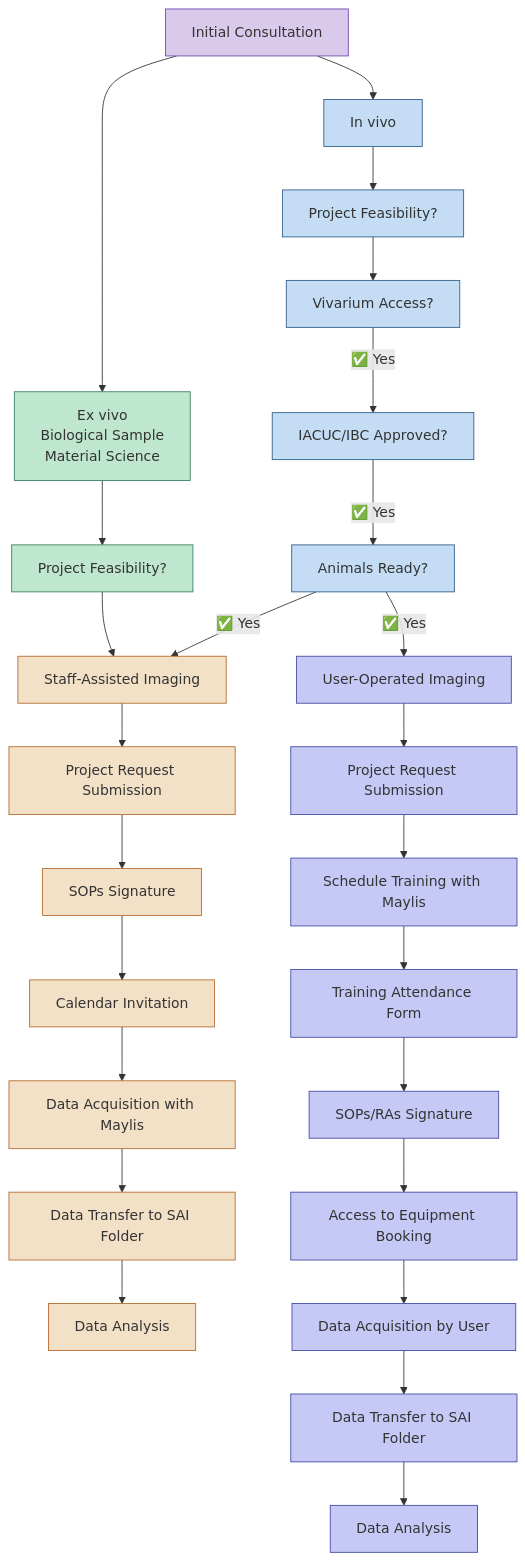
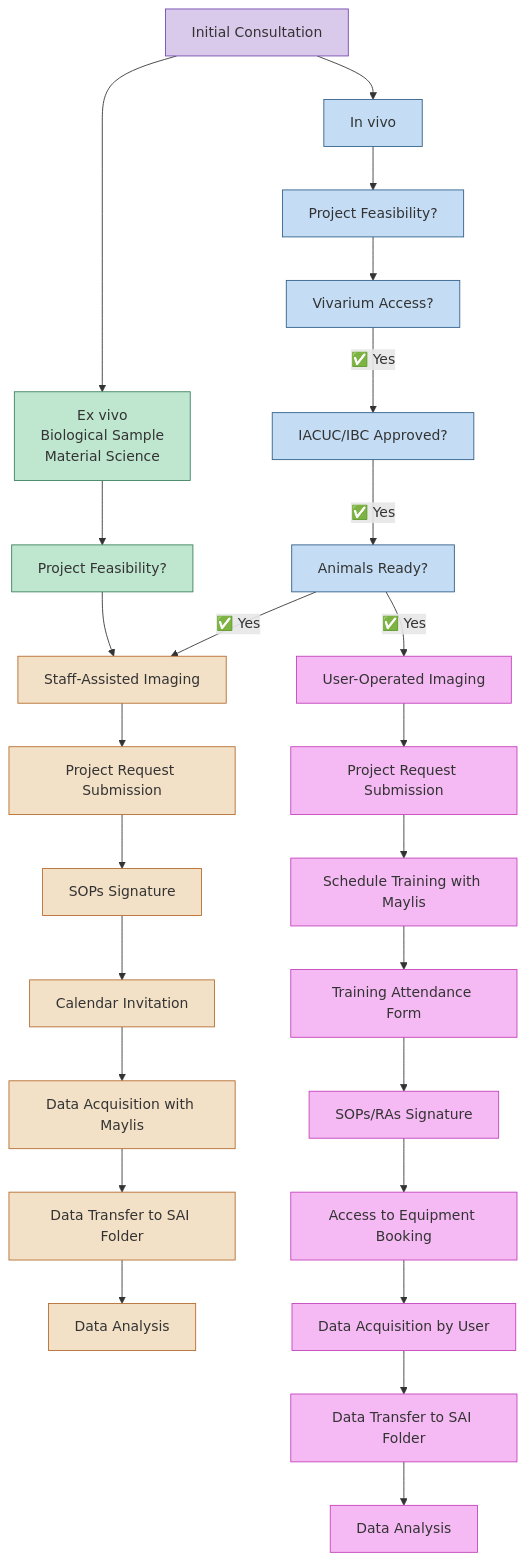
One commit to BioMedicalImaging-Core-NYUAD/smallanimalimaging-lab-documentation changed the diagram in docs/source/1-lab-overview/SAI_scheduling.rst. Above: the diagram before and after it, drawn with Mermaid.

Commit message:
font, styling

```diff
--- a/docs/source/1-lab-overview/SAI_scheduling.rst
+++ b/docs/source/1-lab-overview/SAI_scheduling.rst
@@ -8,68 +8,68 @@
 .. mermaid::
 
     graph TD
 
     %% Styles
     classDef consult fill:#d9c9eb,stroke:#7148af,stroke-width:1px;       %% Lavender purple for initial step
     classDef exvivo fill:#bfe7d0,stroke:#3a7f5c,stroke-width:1px;        %% Light sage green
     classDef invivo fill:#c4ddf5,stroke:#2f5e87,stroke-width:1px;        %% Light steel blue
     classDef staff fill:#f3e1c7,stroke:#b56b2d,stroke-width:1px;         %% Soft beige
-    classDef user fill:#c6c9f5,stroke:#434aa3,stroke-width:1px;          %% Blue-purple tone
+    classDef user fill:#f5baf4,stroke:#c441ba,stroke-width:1px;          %% Bubblegum pink with magenta border
 
     %% Nodes
     A["Initial Consultation"]:::consult
 
     %% Group 1: Ex vivo path
     B["Ex vivo<br>Biological Sample<br>Material Science"]:::exvivo
     D1["Project Feasibility?"]:::exvivo
 
     %% Group 2: In vivo path
     C["In vivo"]:::invivo
     L1["Project Feasibility?"]:::invivo
     M["Vivarium Access?"]:::invivo
     N["IACUC/IBC Approved?"]:::invivo
     O["Animals Ready?"]:::invivo
 
     %% Group 3: Staff-handled
     E["Staff-Assisted Imaging"]:::staff
     F["Project Request Submission"]:::staff
     G["SOPs Signature"]:::staff
     H["Calendar Invitation"]:::staff
     I["Data Acquisition with Maylis"]:::staff
     J["Data Transfer to SAI Folder"]:::staff
     K["Data Analysis"]:::staff
 
     %% Group 4: User-operated
     P["User-Operated Imaging"]:::user
     Q["Project Request Submission"]:::user
     R["Schedule Training with Maylis"]:::user
     S["Training Attendance Form"]:::user
     T["SOPs/RAs Signature"]:::user
     U["Access to Equipment Booking"]:::user
     V["Data Acquisition by User"]:::user
     W["Data Transfer to SAI Folder"]:::user
     X["Data Analysis"]:::user
 
     %% Flow
     A --> B
     A --> C
 
     %% Ex vivo flow
     B --> D1 --> E
     E --> F --> G --> H --> I --> J --> K
 
     %% In vivo flow
     C --> L1 --> M
     M --✅ Yes --> N
     N --✅ Yes --> O
     O --✅ Yes --> E
     O --✅ Yes --> P
 
     %% User-operated flow
     P --> Q --> R --> S --> T --> U --> V --> W --> X
 
     %% Clickable Nodes
     click A "mailto:maylis.boitet@nyu.edu"
     click Q "https://forms.gle/d3xRyphopVUj6PwW6"
     click S "https://docs.google.com/forms/d/e/1FAIpQLScLW1MOvo-9aAwX2_04FcyLGPR9xtDso9hu9SEixUy2VzuAiw/viewform"
     click U "https://corelabs.abudhabi.nyu.edu/"
```
